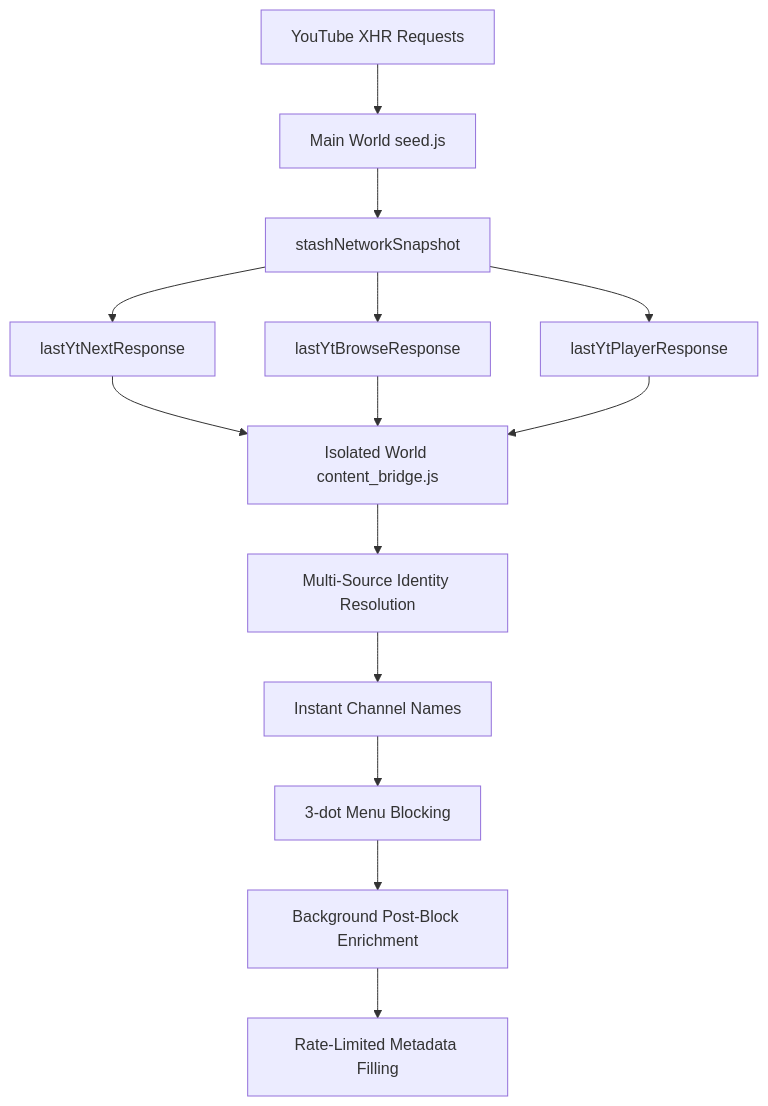
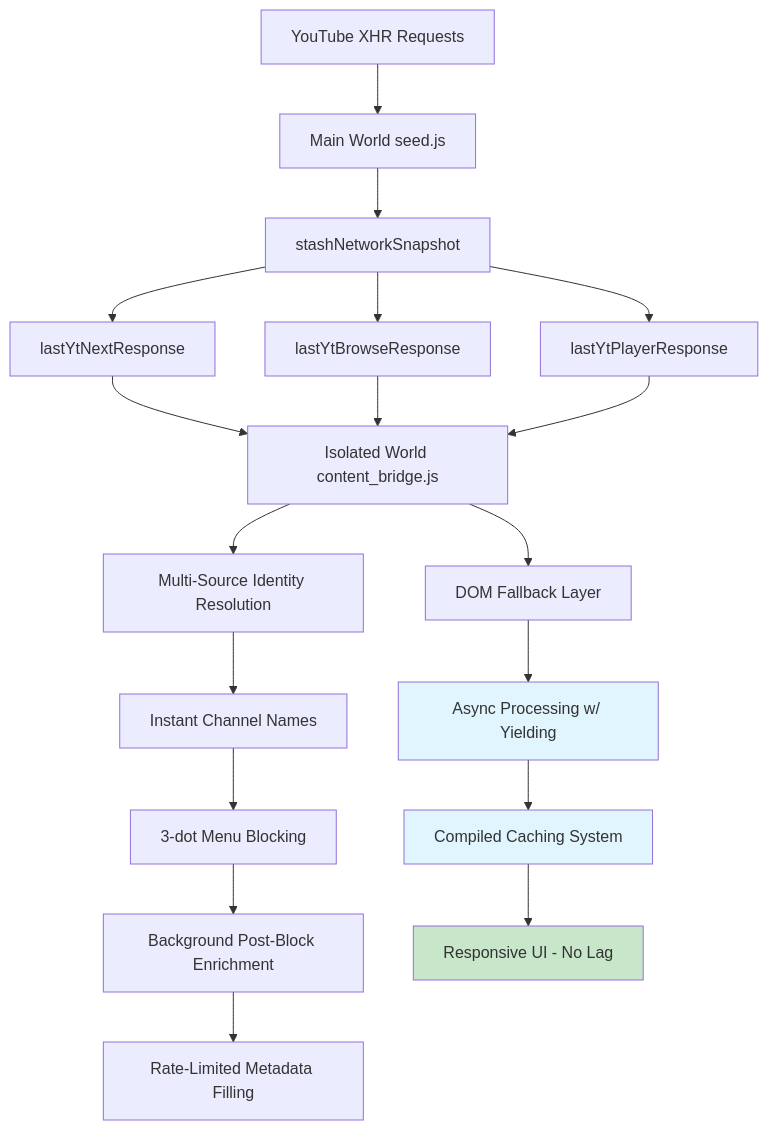
The first of 12 diagrams in docs/ARCHITECTURE.md (varshneydevansh/FilterTube), drawn with Mermaid before and after one commit. The commit also changed other lines of this file and 30 other files, not shown here.

Commit message:
BUMP: v3.2.1 Async DOM Processing with Main Thread Yielding with Batch Storage updates

````diff
--- a/docs/ARCHITECTURE.md
+++ b/docs/ARCHITECTURE.md
@@ -11,19 +11,28 @@
 ```mermaid
 graph TD
     A[YouTube XHR Requests] --> B[Main World seed.js]
     B --> C[stashNetworkSnapshot]
     C --> D[lastYtNextResponse]
     C --> E[lastYtBrowseResponse]
     C --> F[lastYtPlayerResponse]
     
     D --> G[Isolated World content_bridge.js]
     E --> G
     F --> G
     
     G --> H[Multi-Source Identity Resolution]
     H --> I[Instant Channel Names]
     I --> J[3-dot Menu Blocking]
     
     J --> K[Background Post-Block Enrichment]
     K --> L[Rate-Limited Metadata Filling]
+    
+    G --> M[DOM Fallback Layer]
+    M --> N[Async Processing w/ Yielding]
+    N --> O[Compiled Caching System]
+    O --> P[Responsive UI - No Lag]
+    
+    style N fill:#e1f5fe
+    style O fill:#e1f5fe
+    style P fill:#c8e6c9
 ```
````
